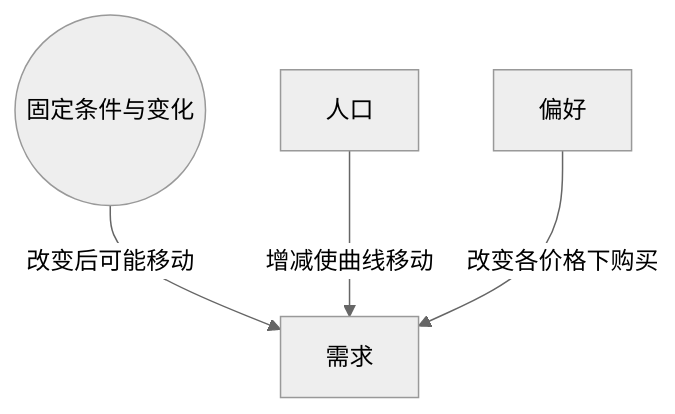
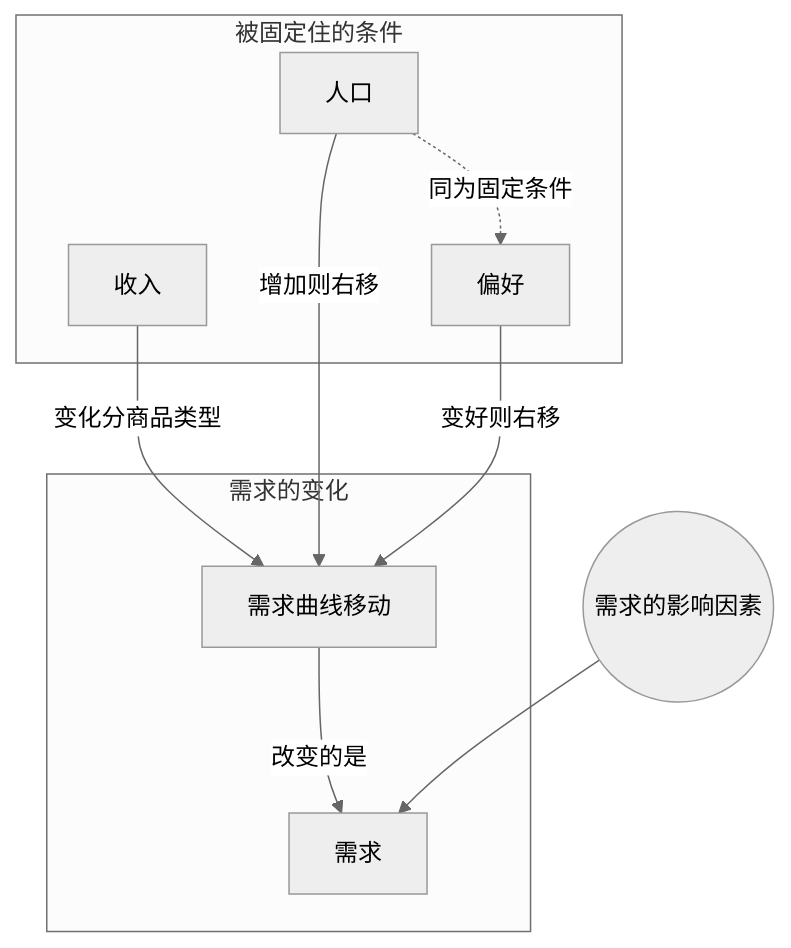
The diagram in examples/可汗微观经济学-前15集/notes/010-第10讲 收入、人口或偏好变化.md (lucky-Luor/bilibili-douyin-notes), drawn with Mermaid (neutral theme) before and after one commit. The commit also changed other lines of this file and 18 other files, not shown here.

````diff
--- a/examples/可汗微观经济学-前15集/notes/010-第10讲 收入、人口或偏好变化.md
+++ b/examples/可汗微观经济学-前15集/notes/010-第10讲 收入、人口或偏好变化.md
@@ -36,6 +82,17 @@
 ```mermaid
 graph TD
-  R((固定条件与变化)) -->|改变后可能移动| D[需求]
-  P[人口] -->|增减使曲线移动| D
-  T[偏好] -->|改变各价格下购买| D
+  R((需求的影响因素))
+  subgraph 被固定住的条件
+    I[收入]
+    P[人口]
+    T[偏好]
+  end
+  subgraph 需求的变化
+    SH[需求曲线移动] -->|改变的是| D[需求]
+  end
+  R --> D
+  I -->|变化分商品类型| SH
+  P -->|增加则右移| SH
+  T -->|变好则右移| SH
+  P -.->|同为固定条件| T
 ```
````
